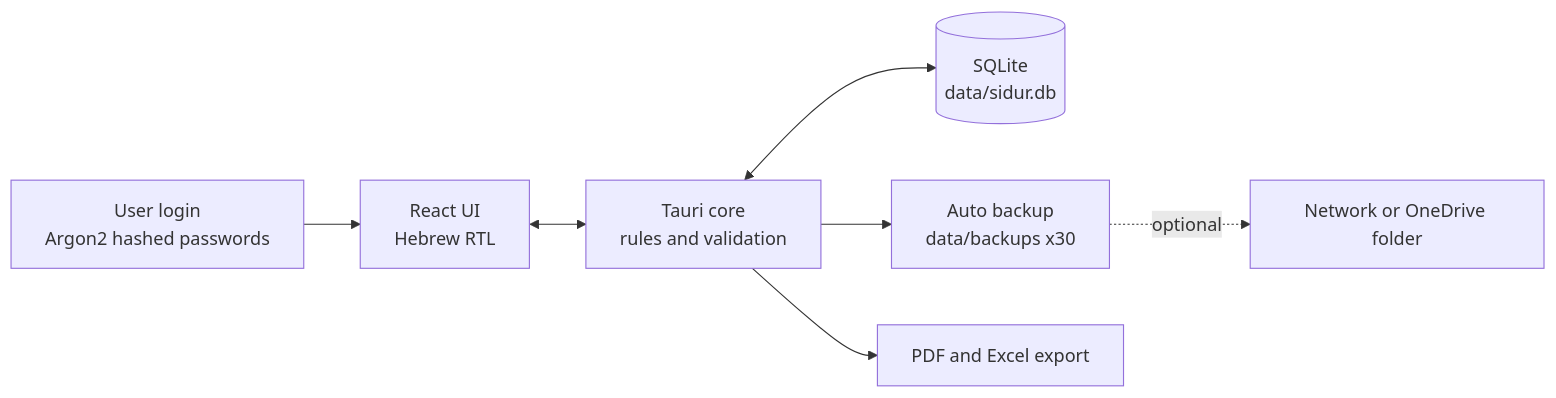
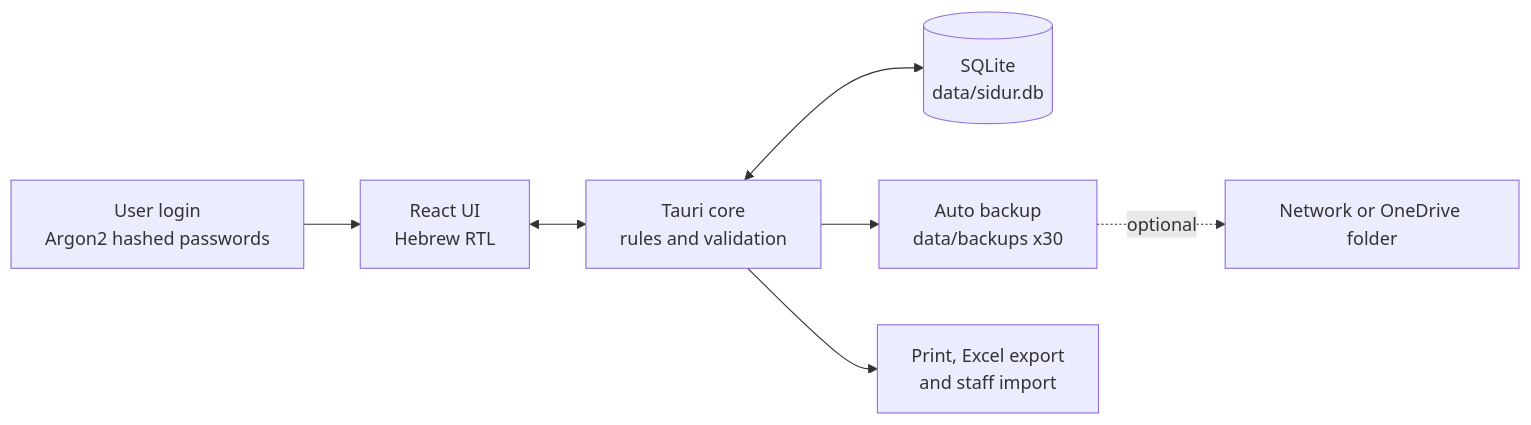
The first of 2 diagrams in README.md (galasulin/shift-scheduler-showcase), drawn with Mermaid before and after one commit. The commit also changed other lines of this file and 1 other file, not shown here.

Commit message:
v1.1.0: every phase built - day and month views, absences, reports, Excel export and import, change log

````diff
--- a/README.md
+++ b/README.md
@@ -78,9 +85,9 @@
 ```mermaid
 flowchart LR
     U[User login<br/>Argon2 hashed passwords] --> UI[React UI<br/>Hebrew RTL]
     UI <--> CORE[Tauri core<br/>rules and validation]
     CORE <--> DB[(SQLite<br/>data/sidur.db)]
     CORE --> BK[Auto backup<br/>data/backups x30]
-    CORE --> EXP[PDF and Excel export]
+    CORE --> EXP[Print, Excel export<br/>and staff import]
     BK -.optional.-> NET[Network or OneDrive folder]
 ```
````
